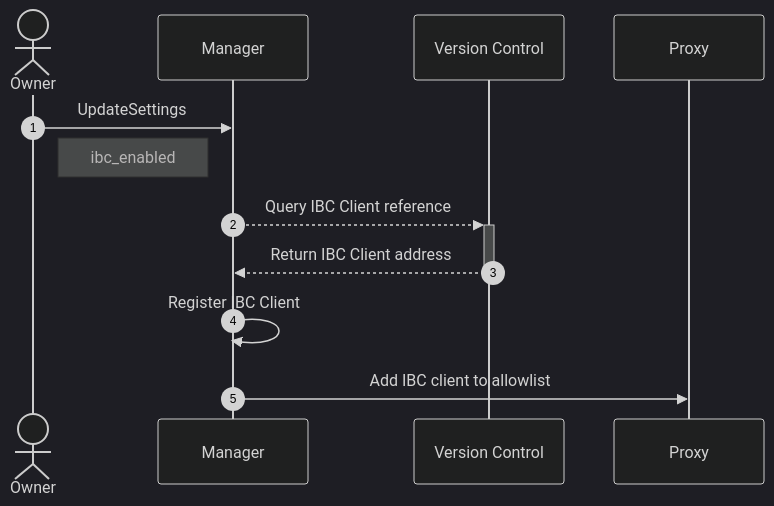
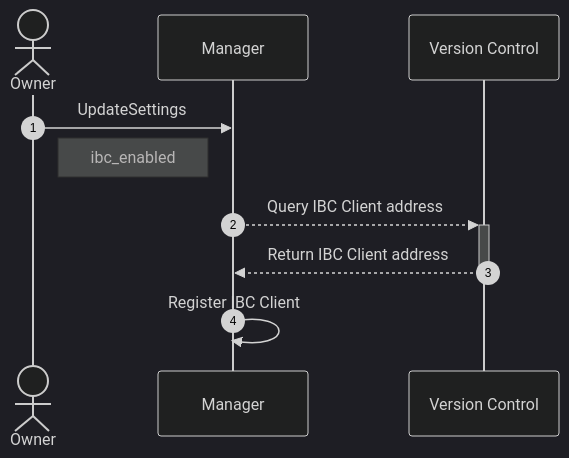
The third of 3 diagrams in framework/docs/src/3_framework/3_architecture.md (AbstractSDK/abstract), drawn with Mermaid (dark theme) before and after one commit. The commit also changed other lines of this file and 1 other file, not shown here.

Commit message:
update architecture docs

````diff
--- a/framework/docs/src/3_framework/3_architecture.md
+++ b/framework/docs/src/3_framework/3_architecture.md
@@ -98,16 +94,13 @@
 ```mermaid
 sequenceDiagram
     autonumber
     actor U as Owner
     participant M as Manager
     participant VC as Version Control
-    participant P as Proxy
 
     U ->> M: UpdateSettings
     Note right of U: ibc_enabled
-    M -->>+ VC: Query IBC Client reference
+    M -->>+ VC: Query IBC Client address
     VC -->>- M: Return IBC Client address
     M ->> M: Register IBC Client
-    M ->> P: Add IBC client to allowlist
-
 ```
````
